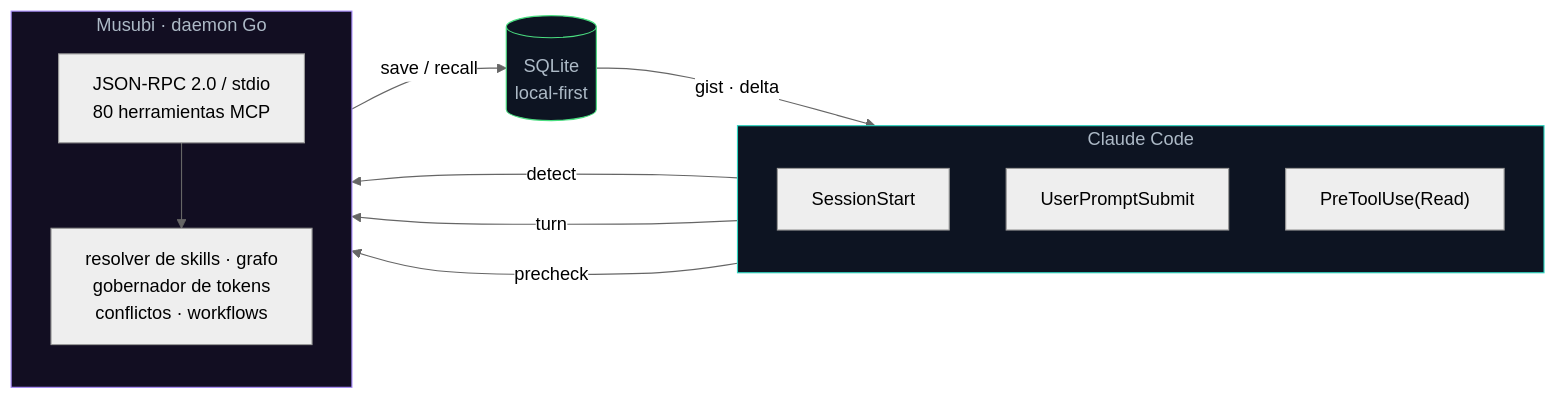
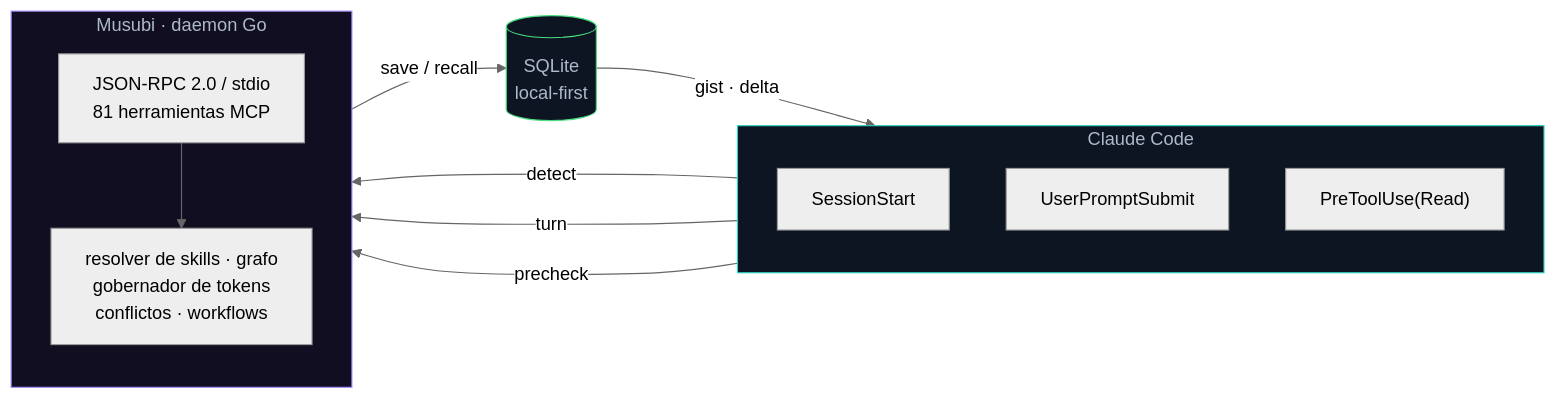
Before and after one commit to codeabraham16/musubi: the first of 3 diagrams in README.md, drawn with Mermaid (neutral theme). The commit also changed other lines of this file and 13 other files, not shown here.

````diff
--- a/README.md
+++ b/README.md
@@ -68,27 +68,27 @@
 ```mermaid
 flowchart LR
     subgraph CC["Claude Code"]
         direction TB
         H1["SessionStart"]
         H2["UserPromptSubmit"]
         H3["PreToolUse(Read)"]
     end
     subgraph M["Musubi · daemon Go"]
         direction TB
-        RPC["JSON-RPC 2.0 / stdio<br/>80 herramientas MCP"]
+        RPC["JSON-RPC 2.0 / stdio<br/>81 herramientas MCP"]
         COG["resolver de skills · grafo<br/>gobernador de tokens<br/>conflictos · workflows"]
     end
     DB[("SQLite<br/>local-first")]
 
     H1 -- "detect" --> RPC
     H2 -- "turn" --> RPC
     H3 -- "precheck" --> RPC
     RPC --> COG
     COG -- "save / recall" --> DB
     DB -- "gist · delta" --> CC
 
     classDef cc fill:#0d1422,stroke:#2dd4bf,color:#adbac7;
     classDef mm fill:#120e22,stroke:#a78bfa,color:#adbac7;
     classDef db fill:#0d1422,stroke:#4ade80,color:#adbac7;
     class CC cc; class M mm; class DB db;
 ```
````
